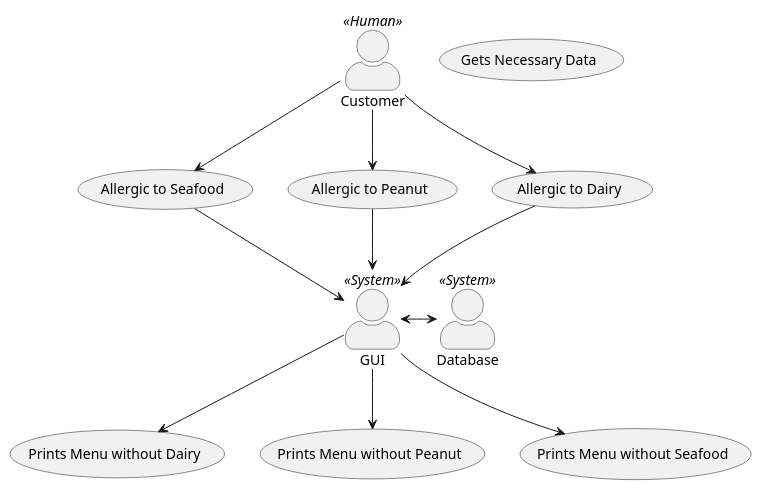
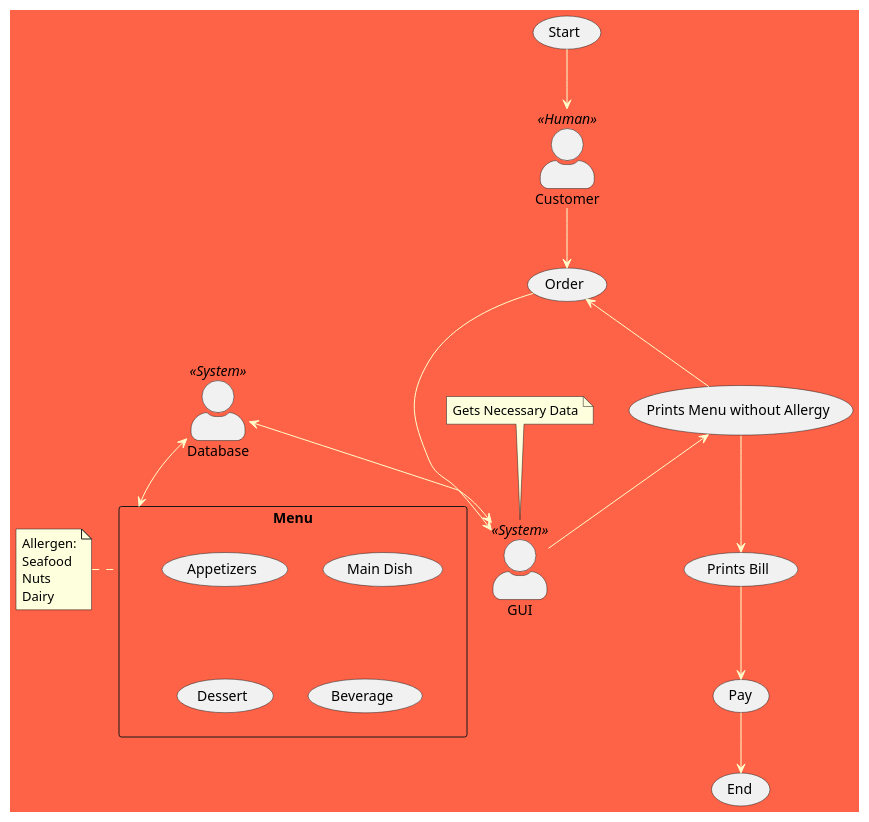
The diagram in PUML/LXUseCaseRestaurantManagementSystem.puml (yawna000/OORedProject), drawn with PlantUML before and after one commit.

```diff
--- a/PUML/LXUseCaseRestaurantManagementSystem.puml
+++ b/PUML/LXUseCaseRestaurantManagementSystem.puml
@@ -1,29 +1,55 @@
 @startuml
 
 skinparam actorStyle awesome
 skinparam packageStyle rectangle
+skinparam backgroundColor tomato
+skinparam object{
+BackgroundColor white
+BorderColor maroon
+FontColor maroon
+ArrowColor business
+FontStyle bold
+AttributeIconSize 0
+}
+hide empty members
+
+skinparam actorStyle awesome
 
 :Customer: <<Human>>
 :GUI: <<System>>
 :Database: <<System>>
-usecase "Gets Necessary Data"
-usecase "Allergic to Seafood"
-usecase "Allergic to Peanut"
-usecase "Allergic to Dairy"
-usecase "Prints Menu without Dairy"
-usecase "Prints Menu without Peanut"
-usecase "Prints Menu without Seafood"
 
-Customer --> (Allergic to Peanut)
-Customer --> (Allergic to Seafood)
-Customer --> (Allergic to Dairy)
-(Allergic to Dairy) --> GUI
-(Allergic to Peanut) --> GUI
-(Allergic to Seafood) --> GUI
-GUI <-> Database
-GUI --> (Prints Menu without Seafood)
-GUI --> (Prints Menu without Peanut)
-GUI --> (Prints Menu without Dairy)
+usecase "Order"
+usecase "Prints Menu without Allergy"
+usecase "Pay"
+usecase "Prints Bill"
+usecase "End"
 
+package Menu {
+    usecase "Appetizers"
+    usecase "Main Dish"
+    usecase "Dessert"
+    usecase "Beverage"
+}
+
+Order --> (GUI)
+
+Pay --> End
+
+(Start) --> Customer
+Customer --> Order
+Order <-- (Prints Menu without Allergy)
+
+Database <--> (GUI)
+Database <--> Menu
+
+(Prints Menu without Allergy) <-- (GUI)
+
+(Prints Menu without Allergy) --> (Prints Bill)
+(Prints Bill) --> Pay
+
+note top of (GUI): Gets Necessary Data
+
+note left of Menu: Allergen:\nSeafood\nNuts\nDairy
 
 @enduml
```
